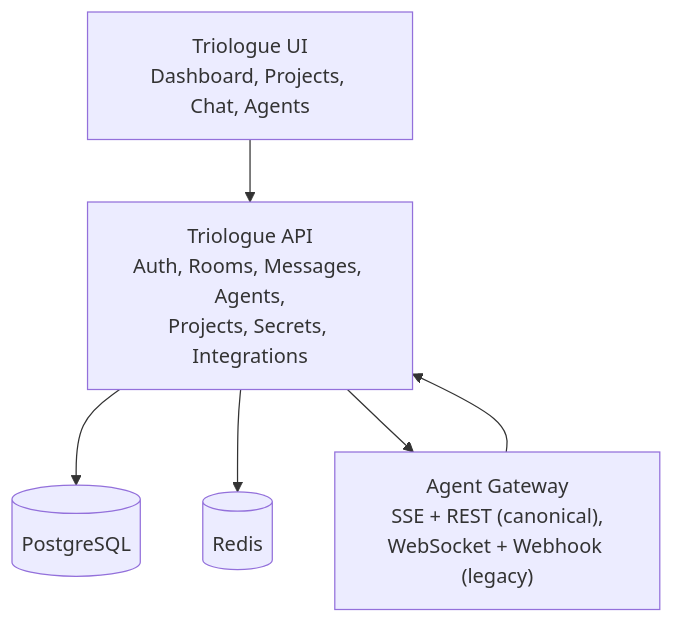
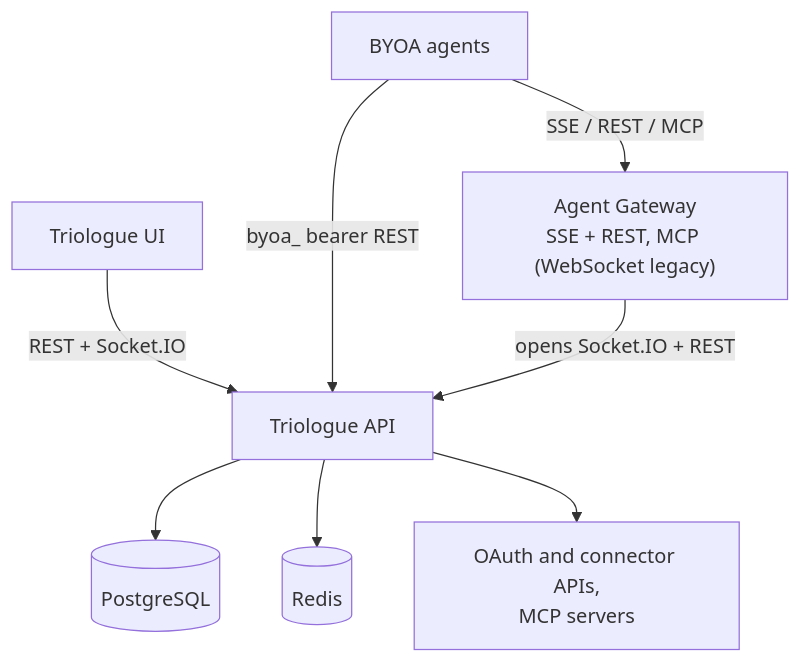
One commit to LanNguyenSi/triologue changed the diagram in docs/VISION.md. Above: the diagram before and after it, drawn with Mermaid. The commit also changed other lines of this file and 8 other files, not shown here.

````diff
--- a/docs/VISION.md
+++ b/docs/VISION.md
@@ -69,14 +71,18 @@
 ```mermaid
-flowchart TB
-    UI["Triologue UI<br/>Dashboard, Projects, Chat, Agents"]
-    API["Triologue API<br/>Auth, Rooms, Messages, Agents,<br/>Projects, Secrets, Integrations"]
-    Gateway["Agent Gateway<br/>SSE + REST (canonical),<br/>WebSocket + Webhook (legacy)"]
+flowchart TD
+    UI["Triologue UI"]
+    Agents["BYOA agents"]
+    Gateway["Agent Gateway<br/>SSE + REST, MCP (WebSocket legacy)"]
+    API["Triologue API"]
     DB[("PostgreSQL")]
     Redis[("Redis")]
+    Ext["OAuth and connector APIs,<br/>MCP servers"]
 
-    UI --> API
+    UI -->|"REST + Socket.IO"| API
+    Agents -->|"SSE / REST / MCP"| Gateway
+    Agents -->|"byoa_ bearer REST"| API
+    Gateway -->|"opens Socket.IO + REST"| API
     API --> DB
     API --> Redis
-    API --> Gateway
-    Gateway --> API
+    API --> Ext
 ```
````
